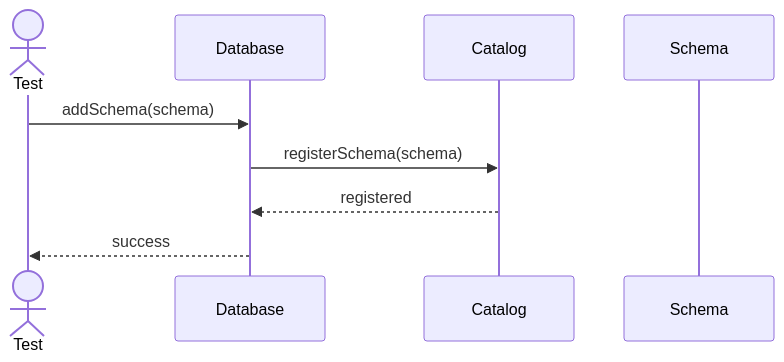
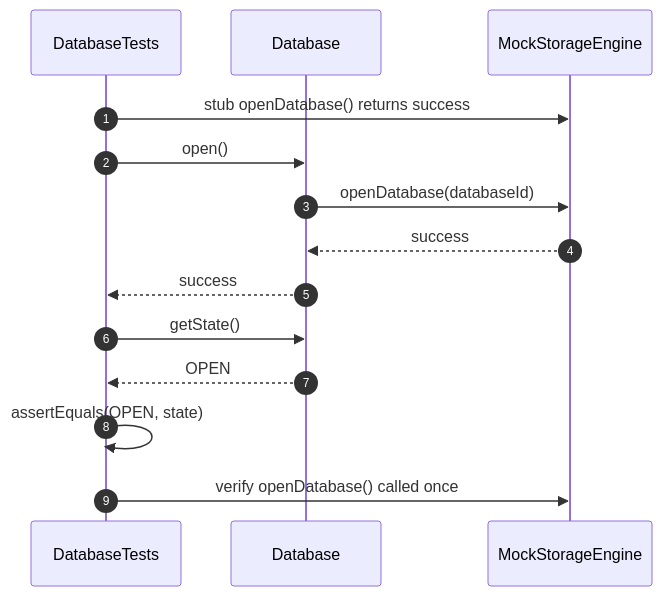
The fourth of 25 diagrams in src/tests/unit/database/sequences/database-testing.se.md (FhuAnn/-bbv-AN-s-DBMS), drawn with Mermaid before and after one commit. The commit also changed other lines of this file and 28 other files, not shown here.

Commit message:
edit db sequence, dbtest

````diff
--- a/src/tests/unit/database/sequences/database-testing.se.md
+++ b/src/tests/unit/database/sequences/database-testing.se.md
@@ -58,12 +80,21 @@
 ```mermaid
 sequenceDiagram
-actor Test
-participant Database
-participant Catalog
-participant Schema
+    autonumber
 
-Test->>Database: addSchema(schema)
-Database->>Catalog: registerSchema(schema)
-Catalog-->>Database: registered
-Database-->>Test: success
+    participant Test as DatabaseTests
+    participant Database
+    participant Storage as MockStorageEngine
+
+    Test->>Storage: stub openDatabase() returns success
+    Test->>Database: open()
+
+    Database->>Storage: openDatabase(databaseId)
+    Storage-->>Database: success
+    Database-->>Test: success
+
+    Test->>Database: getState()
+    Database-->>Test: OPEN
+
+    Test->>Test: assertEquals(OPEN, state)
+    Test->>Storage: verify openDatabase() called once
 ```
````
